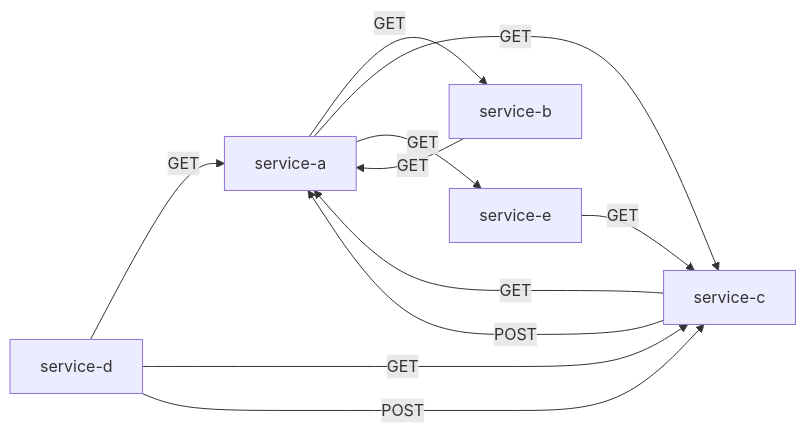
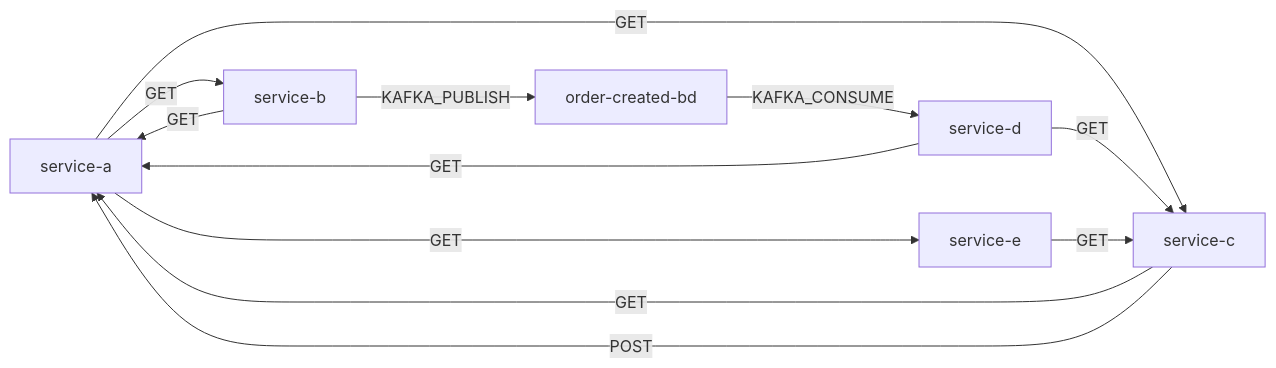
One commit to lokesh0507/First_project changed the diagram in output/deps.md. Above: the diagram before and after it, drawn with Mermaid. The commit also changed 4 other files, not shown here.

````diff
--- a/output/deps.md
+++ b/output/deps.md
@@ -1,13 +1,14 @@
 ```mermaid
 graph LR
   service-a -->|GET| service-b
   service-a -->|GET| service-c
   service-a -->|GET| service-e
   service-b -->|GET| service-a
+  service-b -->|KAFKA_PUBLISH| order-created-bd
   service-c -->|GET| service-a
   service-c -->|POST| service-a
   service-d -->|GET| service-a
   service-d -->|GET| service-c
-  service-d -->|POST| service-c
+  order-created-bd -->|KAFKA_CONSUME| service-d
   service-e -->|GET| service-c
 ```
````
